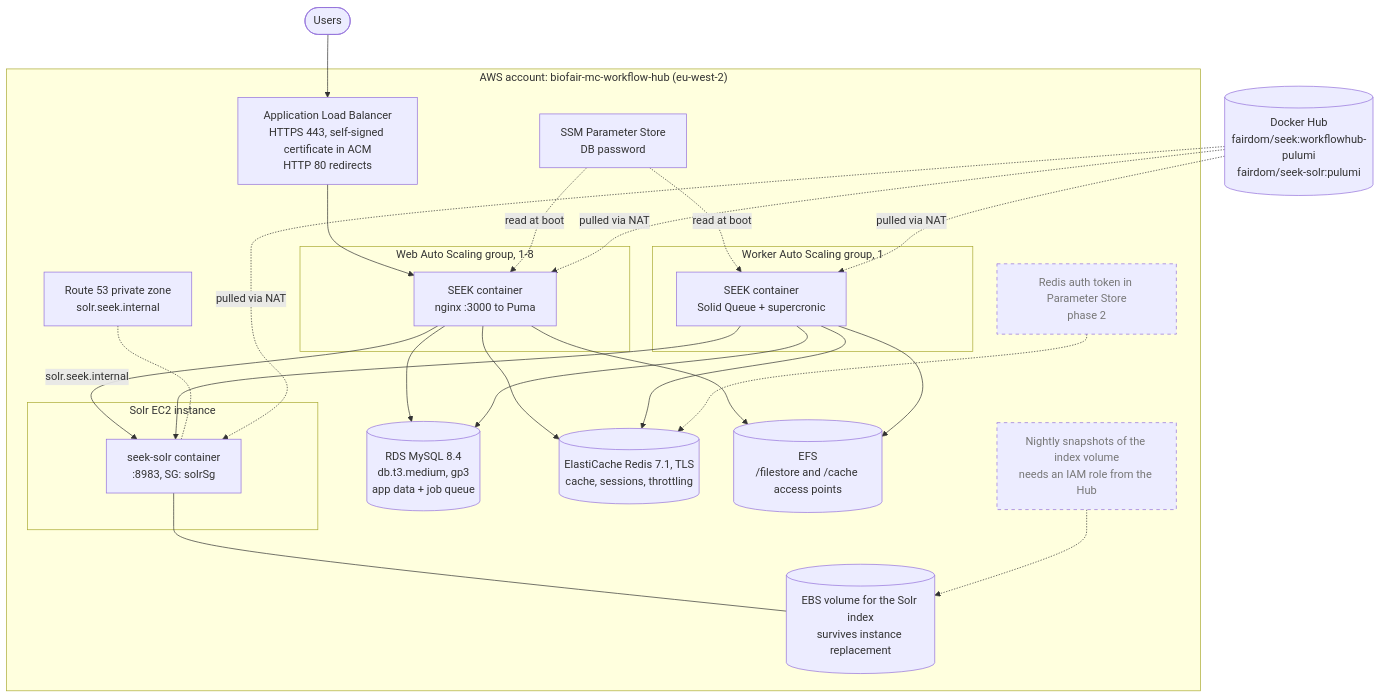
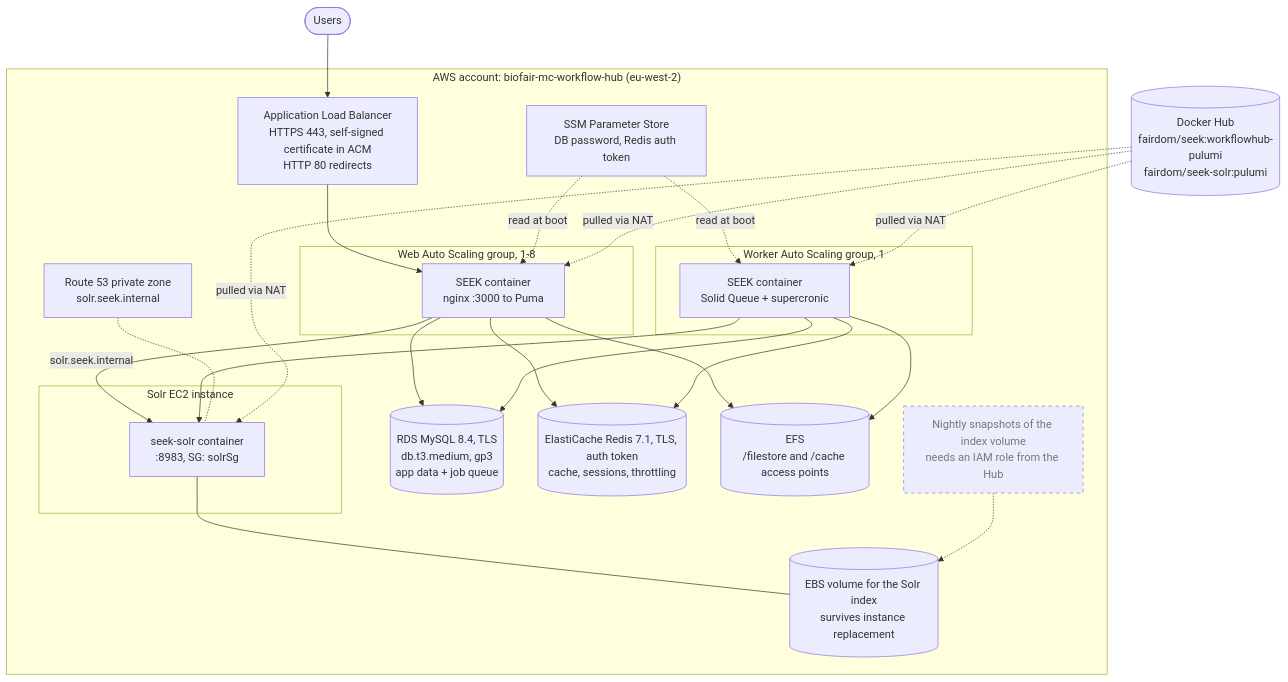
The second of 5 diagrams in docs/pulumi-architecture.md (seek4science/seek), drawn with Mermaid before and after one commit. The commit also changed 4 other files, not shown here.

First line of the commit message:
Document MySQL TLS and the Redis auth token

````diff
--- a/docs/pulumi-architecture.md
+++ b/docs/pulumi-architecture.md
@@ -62,51 +62,49 @@
 ```mermaid
 flowchart TB
     users(["Users"])
     hub[("Docker Hub<br/>fairdom/seek:workflowhub-pulumi<br/>fairdom/seek-solr:pulumi")]
 
     subgraph aws["AWS account: biofair-mc-workflow-hub (eu-west-2)"]
         alb["Application Load Balancer<br/>HTTPS 443, self-signed certificate in ACM<br/>HTTP 80 redirects"]
 
         subgraph webasg["Web Auto Scaling group, 1-8"]
             web["SEEK container<br/>nginx :3000 to Puma"]
         end
         subgraph workerasg["Worker Auto Scaling group, 1"]
             workers["SEEK container<br/>Solid Queue + supercronic"]
         end
         subgraph solrbox["Solr EC2 instance"]
             solr["seek-solr container<br/>:8983, SG: solrSg"]
         end
 
         privdns["Route 53 private zone<br/>solr.seek.internal"]
-        rds[("RDS MySQL 8.4<br/>db.t3.medium, gp3<br/>app data + job queue")]
-        redis[("ElastiCache Redis 7.1, TLS<br/>cache, sessions, throttling")]
+        rds[("RDS MySQL 8.4, TLS<br/>db.t3.medium, gp3<br/>app data + job queue")]
+        redis[("ElastiCache Redis 7.1, TLS, auth token<br/>cache, sessions, throttling")]
         efs[("EFS<br/>/filestore and /cache access points")]
-        params["SSM Parameter Store<br/>DB password"]
+        params["SSM Parameter Store<br/>DB password, Redis auth token"]
 
         ebs[("EBS volume for the Solr index<br/>survives instance replacement")]
         snaps["Nightly snapshots of the index volume<br/>needs an IAM role from the Hub"]
-        token["Redis auth token in Parameter Store<br/>phase 2"]
     end
 
     users --> alb --> web
     web --> rds
     web --> redis
     web --> efs
     web -- "solr.seek.internal" --> solr
     workers --> rds
     workers --> redis
     workers --> efs
     workers --> solr
     privdns -.- solr
     params -. "read at boot" .-> web
     params -. "read at boot" .-> workers
     hub -. "pulled via NAT" .-> web
     hub -. "pulled via NAT" .-> workers
     hub -. "pulled via NAT" .-> solr
     solr --- ebs
     snaps -.-> ebs
-    token -.-> redis
 
     classDef planned stroke-dasharray:5 5,color:#777
-    class snaps,token planned
+    class snaps planned
 ```
````
